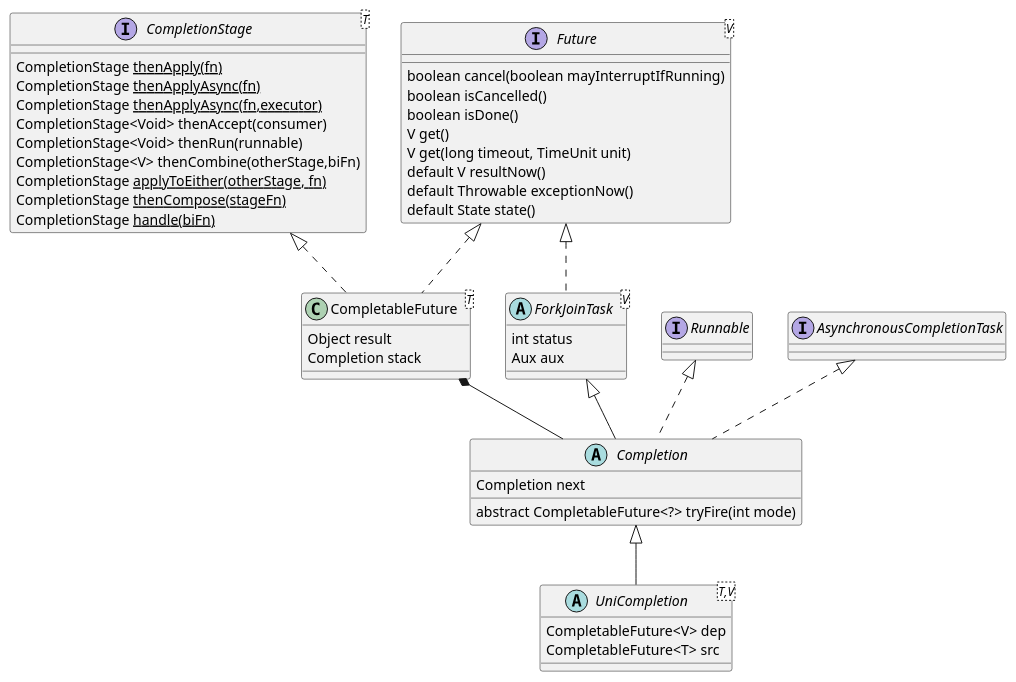
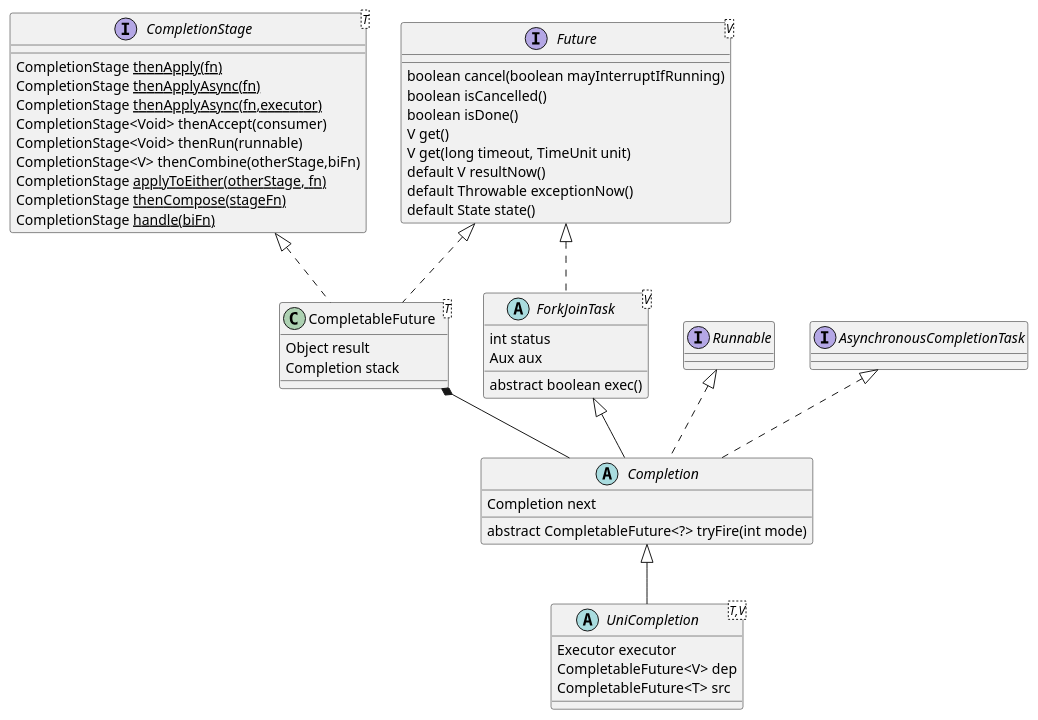
Before and after one commit to kevinwang930/kevinwang930.github.io: the second of 2 diagrams in content/post/java/concurrency/scheduling.md, drawn with PlantUML.

````diff
--- a/content/post/java/concurrency/scheduling.md
+++ b/content/post/java/concurrency/scheduling.md
@@ -135,46 +135,48 @@
 ```plantuml
 interface CompletionStage<T>  {
      CompletionStage<U> thenApply(fn)
      CompletionStage<U> thenApplyAsync(fn)
      CompletionStage<U> thenApplyAsync(fn,executor)
      CompletionStage<Void> thenAccept(consumer)
      CompletionStage<Void> thenRun(runnable)
      CompletionStage<V> thenCombine(otherStage,biFn)
      CompletionStage<U> applyToEither(otherStage, fn)
      CompletionStage<U> thenCompose(stageFn)
      CompletionStage<U> handle(biFn)
 }
 
 interface Future<V> {
     boolean cancel(boolean mayInterruptIfRunning)
     boolean isCancelled()
     boolean isDone()
     V get() 
     V get(long timeout, TimeUnit unit)
     default V resultNow() 
     default Throwable exceptionNow()
     default State state()
 }
 
 class CompletableFuture<T> implements Future, CompletionStage {
     Object result
     Completion stack
 }
 
 abstract class ForkJoinTask<V> implements Future {
     int status
     Aux aux
+    abstract boolean exec()
 }
 abstract class Completion extends ForkJoinTask<Void> implements Runnable,AsynchronousCompletionTask {
     Completion next
     abstract CompletableFuture<?> tryFire(int mode)
         }
 
 abstract  class UniCompletion<T,V> extends Completion {
+    Executor executor
     CompletableFuture<V> dep
     CompletableFuture<T> src
 }
 
 
 CompletableFuture *-down- Completion
 ```
````
